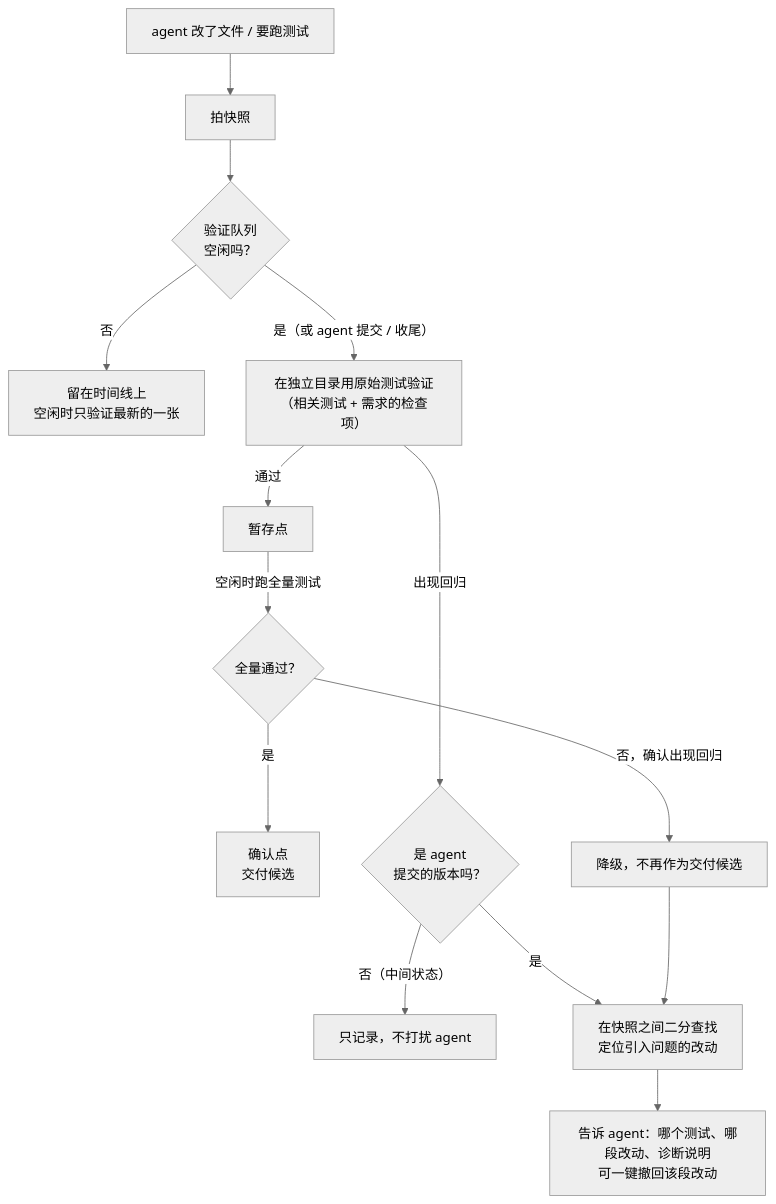
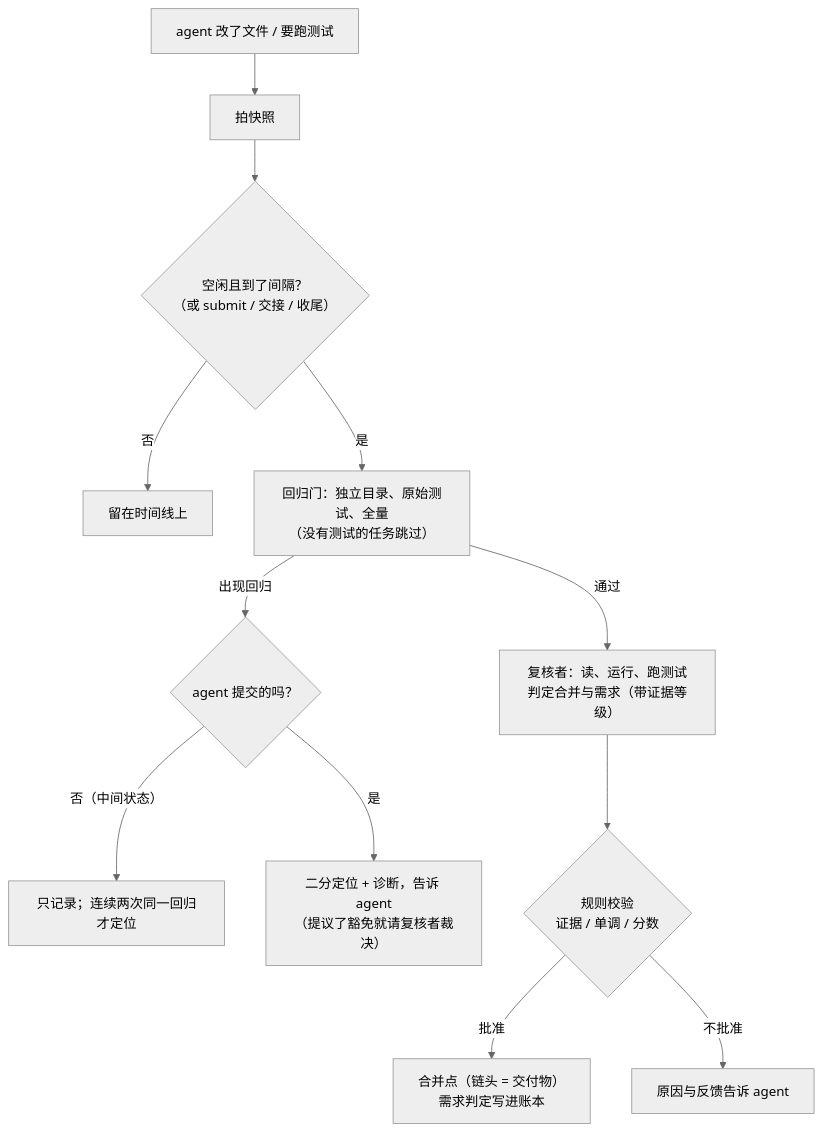
One commit to jyh21377063/belay changed the second of 4 diagrams in README.md. Above: the diagram before and after it, drawn with Mermaid (neutral theme). The commit also changed other lines of this file and 36 other files, not shown here.

````diff
--- a/README.md
+++ b/README.md
@@ -80,16 +99,14 @@
 ```mermaid
 flowchart TD
   A["agent 改了文件 / 要跑测试"] --> B["拍快照"]
-  B --> C{"验证队列<br/>空闲吗？"}
-  C -- "否" --> T["留在时间线上<br/>空闲时只验证最新的一张"]
-  C -- "是（或 agent 提交 / 收尾）" --> D["在独立目录用原始测试验证<br/>（相关测试 + 需求的检查项）"]
-  D -- "通过" --> E["暂存点"]
-  E -- "空闲时跑全量测试" --> F{"全量通过？"}
-  F -- "是" --> G["确认点<br/>交付候选"]
-  F -- "否，确认出现回归" --> H["降级，不再作为交付候选"]
-  D -- "出现回归" --> I{"是 agent<br/>提交的版本吗？"}
-  I -- "否（中间状态）" --> J["只记录，不打扰 agent"]
-  I -- "是" --> K["在快照之间二分查找<br/>定位引入问题的改动"]
-  H --> K
-  K --> L["告诉 agent：哪个测试、哪段改动、诊断说明<br/>可一键撤回该段改动"]
+  B --> C{"空闲且到了间隔？<br/>（或 submit / 交接 / 收尾）"}
+  C -- "否" --> T["留在时间线上"]
+  C -- "是" --> D["回归门：独立目录、原始测试、全量<br/>（没有测试的任务跳过）"]
+  D -- "出现回归" --> I{"agent 提交的吗？"}
+  I -- "否（中间状态）" --> J["只记录；连续两次同一回归才定位"]
+  I -- "是" --> K["二分定位 + 诊断，告诉 agent<br/>（提议了豁免就请复核者裁决）"]
+  D -- "通过" --> V["复核者：读、运行、跑测试<br/>判定合并与需求（带证据等级）"]
+  V --> R{"规则校验<br/>证据 / 单调 / 分数"}
+  R -- "批准" --> M["合并点（链头 = 交付物）<br/>需求判定写进账本"]
+  R -- "不批准" --> N["原因与反馈告诉 agent"]
 ```
````
